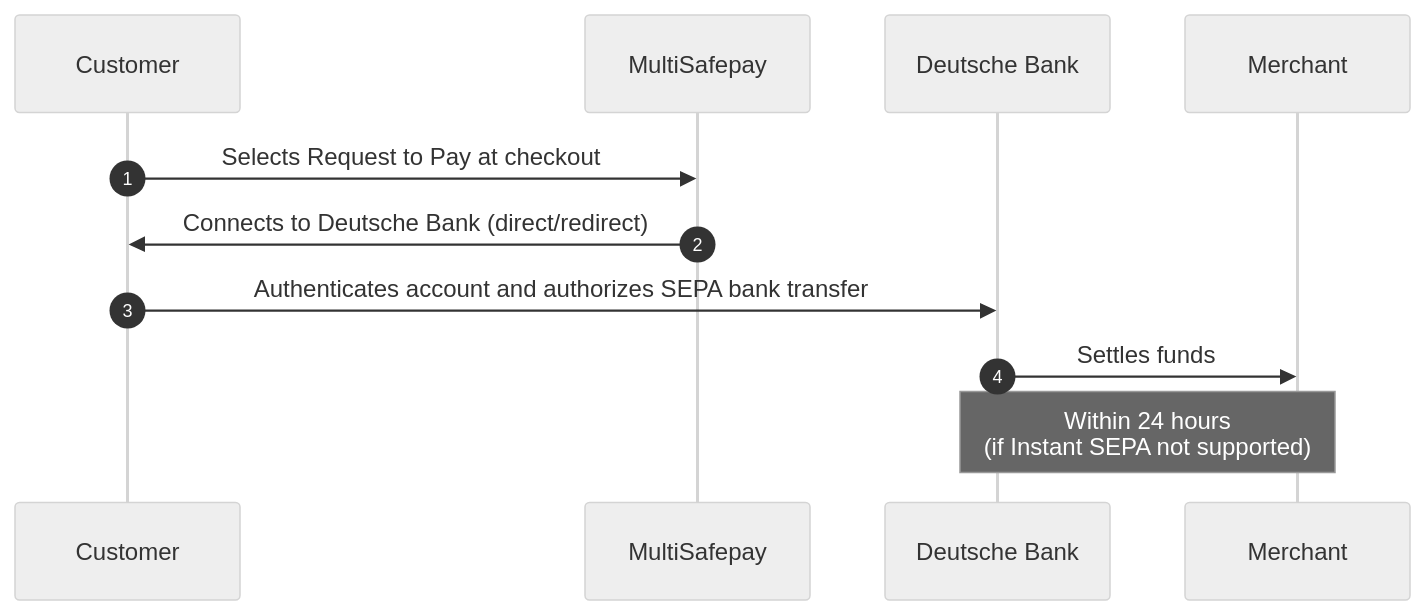
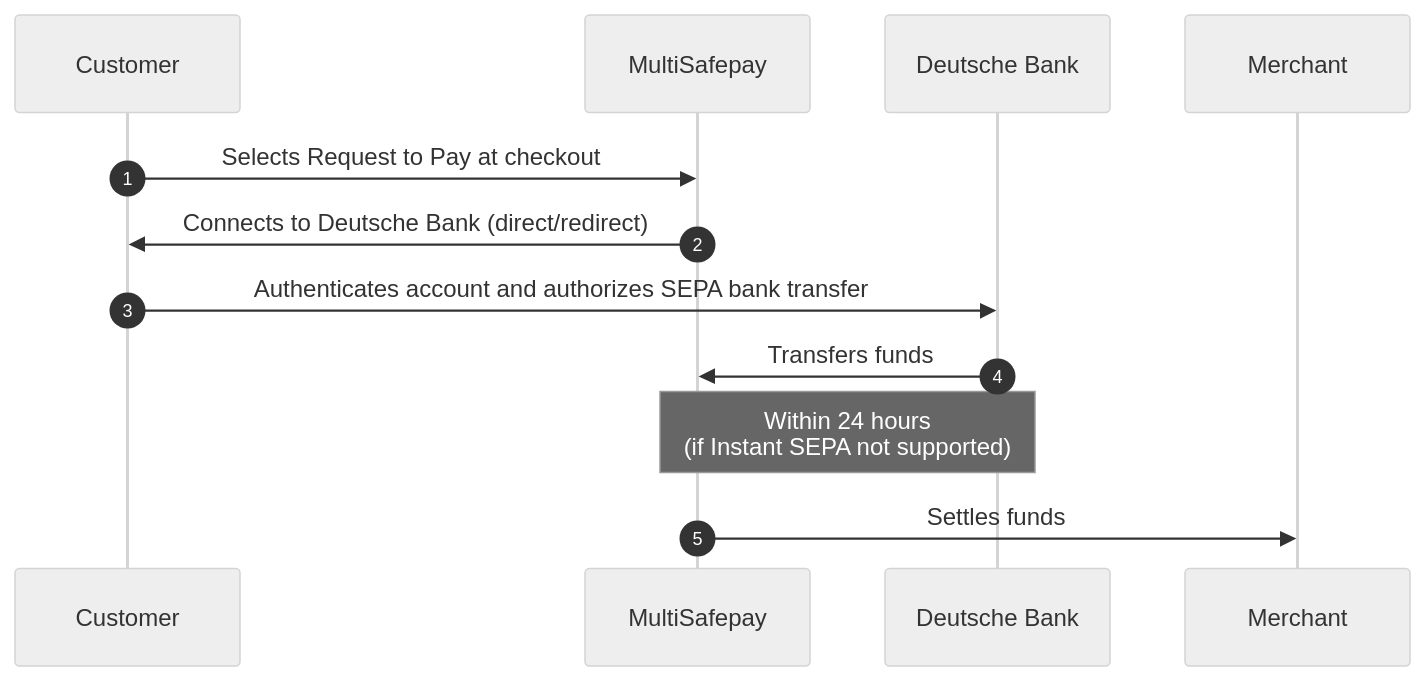
Before and after one commit to MultiSafepay/docs: the diagram in content/payments/methods/banks/request-to-pay/payment-flow.md, drawn with Mermaid (neutral theme). The commit also changed 1 other file, not shown here.

Commit message:
DOCS-2898: Clarify RtP is a collecting payment method

```diff
--- a/content/payments/methods/banks/request-to-pay/payment-flow.md
+++ b/content/payments/methods/banks/request-to-pay/payment-flow.md
@@ -17,16 +17,17 @@
 {{< mermaid class="text-center" >}}
 
 sequenceDiagram
     autonumber
     participant C as Customer
     participant Mu as MultiSafepay
     participant D as Deutsche Bank
     participant Me as Merchant
 
     C->>Mu: Selects Request to Pay at checkout
     Mu->>C: Connects to Deutsche Bank (direct/redirect)
     C->>D: Authenticates account and authorizes SEPA bank transfer
-    D->>Me: Settles funds
-    Note over D,Me: Within 24 hours <br> (if Instant SEPA not supported)
-
+    D->>Mu: Transfers funds 
+    Note over D,Mu: Within 24 hours <br> (if Instant SEPA not supported)
+    Mu->>Me: Settles funds
+    
 {{< /mermaid >}}
```
